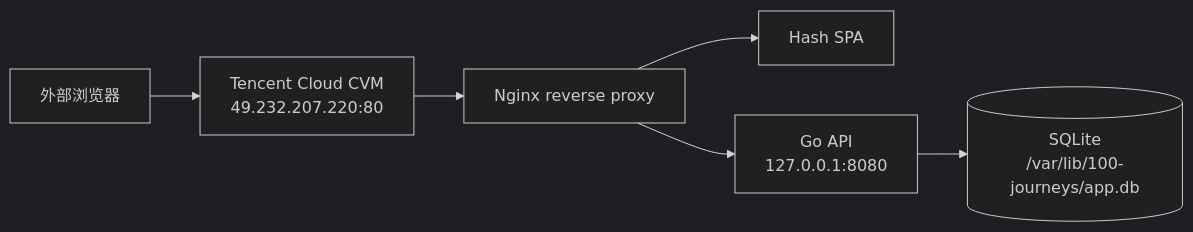
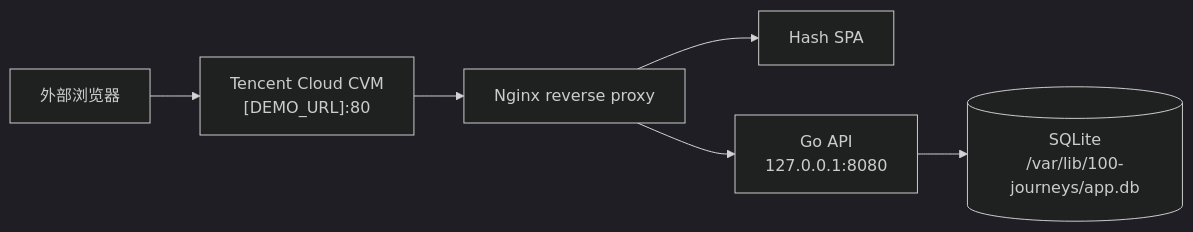
The first of 5 diagrams in README.md (LibertychaserUS/100-journeys), drawn with Mermaid (dark theme) before and after one commit. The commit also changed other lines of this file and 55 other files, not shown here.

````diff
--- a/README.md
+++ b/README.md
@@ -39,8 +44,8 @@
 ```mermaid
 flowchart LR
-    browser["外部浏览器"] --> cvm["Tencent Cloud CVM<br/>49.232.207.220:80"]
+    browser["外部浏览器"] --> cvm["Tencent Cloud CVM<br/>[DEMO_URL]:80"]
     cvm --> nginx["Nginx reverse proxy"]
     nginx --> spa["Hash SPA"]
     nginx --> api["Go API<br/>127.0.0.1:8080"]
     api --> sqlite[("SQLite<br/>/var/lib/100-journeys/app.db")]
 ```
````
